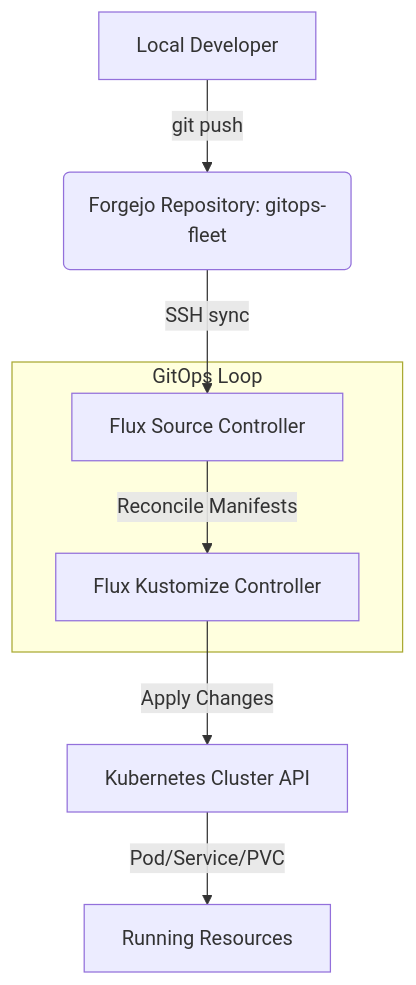
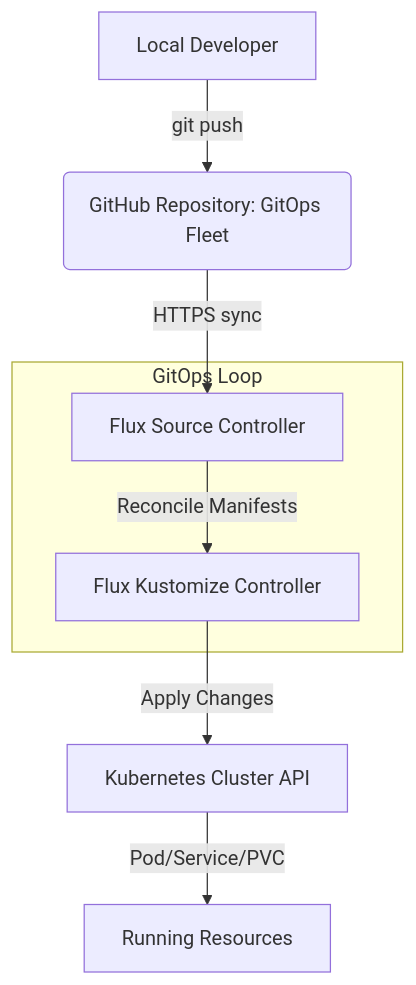
The diagram in README.md (jjtimi888/promox-terraform-talos-linux), drawn with Mermaid before and after one commit. The commit also changed other lines of this file and 46 other files, not shown here.

Commit message:
refactor: migrate from self-hosted Forgejo to GitHub-based Flux GitOps reconciliation

````diff
--- a/README.md
+++ b/README.md
@@ -108,13 +116,13 @@
 ```mermaid
 graph TD
-    A[Local Developer] -->|git push| B(Forgejo Repository: gitops-fleet)
-    B -->|SSH sync| C[Flux Source Controller]
+    A[Local Developer] -->|git push| B(GitHub Repository: GitOps Fleet)
+    B -->|HTTPS sync| C[Flux Source Controller]
     C -->|Reconcile Manifests| D[Flux Kustomize Controller]
     D -->|Apply Changes| E[Kubernetes Cluster API]
     E -->|Pod/Service/PVC| F[Running Resources]
     
     subgraph GitOps Loop
         C
         D
     end
 ```
````
